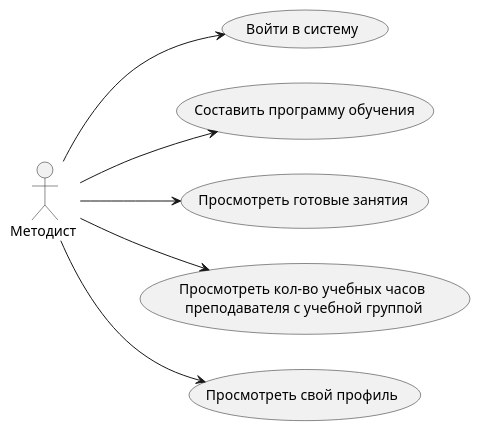
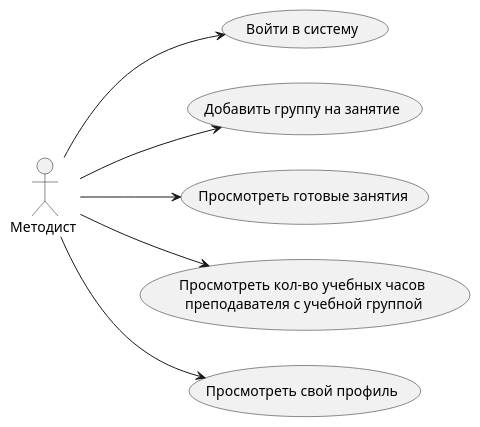
Before and after one commit to Undetaker45/MDKP: the diagram in UML/VariantIspolz/Methodist.wsd, drawn with PlantUML. The commit also changed 64 other files, not shown here.

```diff
--- a/UML/VariantIspolz/Methodist.wsd
+++ b/UML/VariantIspolz/Methodist.wsd
@@ -1,19 +1,19 @@
 @startuml Methodist.wsd
 
 left to right direction
 
 actor "Методист " as fc
 
 usecase "Войти в систему" as UC1
-usecase "Составить программу обучения" as UC2
+usecase "Добавить группу на занятие" as UC2
 usecase "Просмотреть готовые занятия" as UC3
 usecase "Просмотреть кол-во учебных часов\n преподавателя с учебной группой" as UC4
 usecase "Просмотреть свой профиль" as UC5
 
 fc --> UC1
 fc --> UC2
 fc --> UC3
 fc --> UC4
 fc --> UC5
 
 @enduml
```
